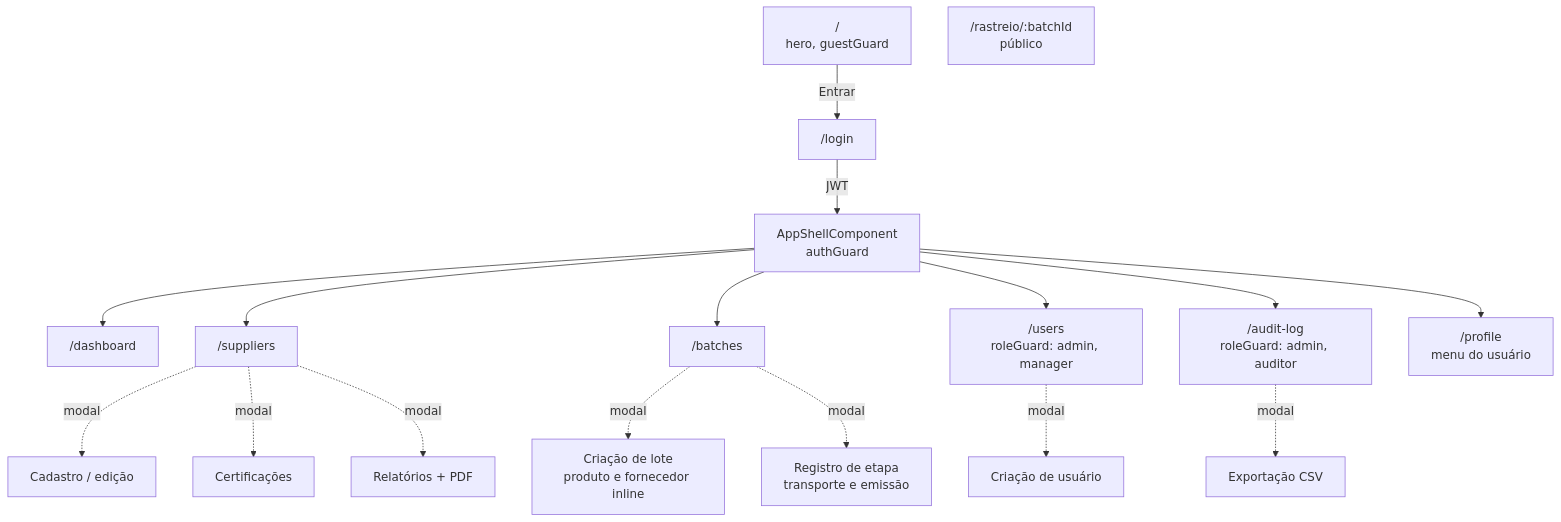
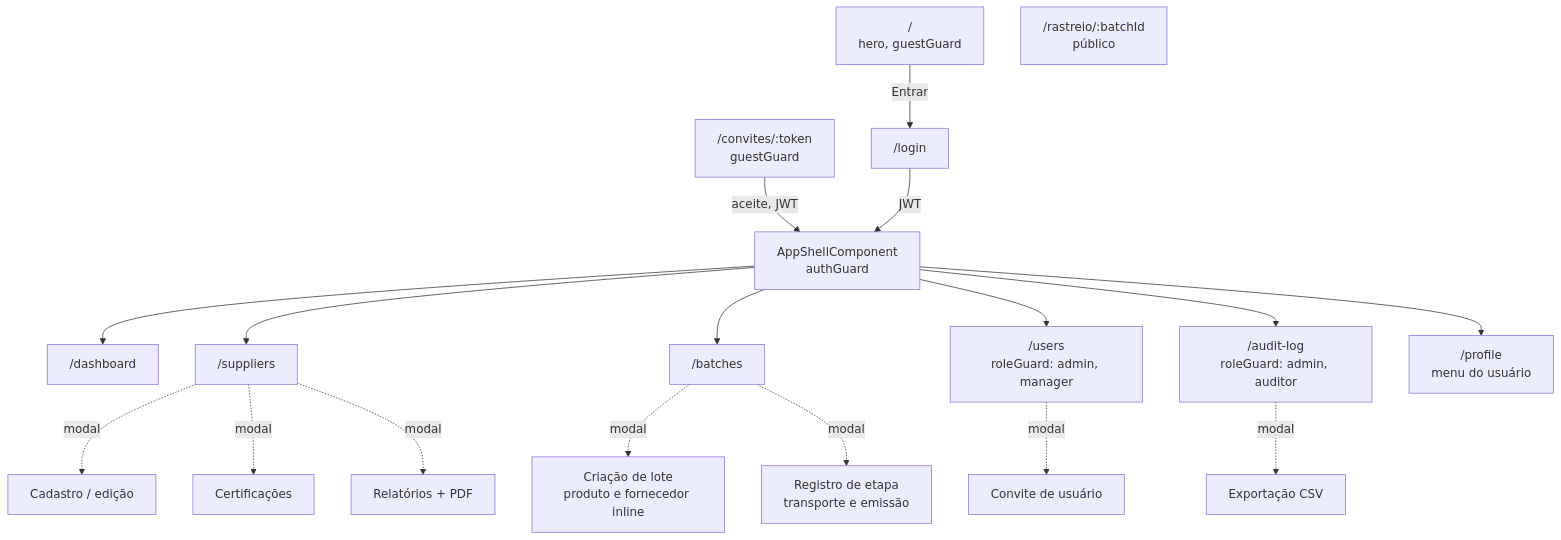
Before and after one commit to matheusnascimentods/supply-chain-verde-web: the third of 4 diagrams in README.md, drawn with Mermaid. The commit also changed other lines of this file and 3 other files, not shown here.

First line of the commit message:
test(invites): cover the invite flow end to end

````diff
--- a/README.md
+++ b/README.md
@@ -158,19 +160,20 @@
 ```mermaid
 flowchart TD
     Root["/<br/>hero, guestGuard"] -->|Entrar| Login["/login"]
     Public["/rastreio/:batchId<br/>público"]
+    Invite["/convites/:token<br/>guestGuard"] -->|aceite, JWT| Shell
     Login -->|JWT| Shell["AppShellComponent<br/>authGuard"]
     Shell --> Dashboard["/dashboard"]
     Shell --> Suppliers["/suppliers"]
     Shell --> Batches["/batches"]
     Shell --> Users["/users<br/>roleGuard: admin, manager"]
     Shell --> Audit["/audit-log<br/>roleGuard: admin, auditor"]
     Shell --> Me["/profile<br/>menu do usuário"]
     Suppliers -.modal.-> SupplierForm[Cadastro / edição]
     Suppliers -.modal.-> Certs[Certificações]
     Suppliers -.modal.-> Reports[Relatórios + PDF]
     Batches -.modal.-> BatchCreate[Criação de lote<br/>produto e fornecedor inline]
     Batches -.modal.-> Stage[Registro de etapa<br/>transporte e emissão]
-    Users -.modal.-> UserCreate[Criação de usuário]
+    Users -.modal.-> UserInvite[Convite de usuário]
     Audit -.modal.-> Csv[Exportação CSV]
 ```
````
